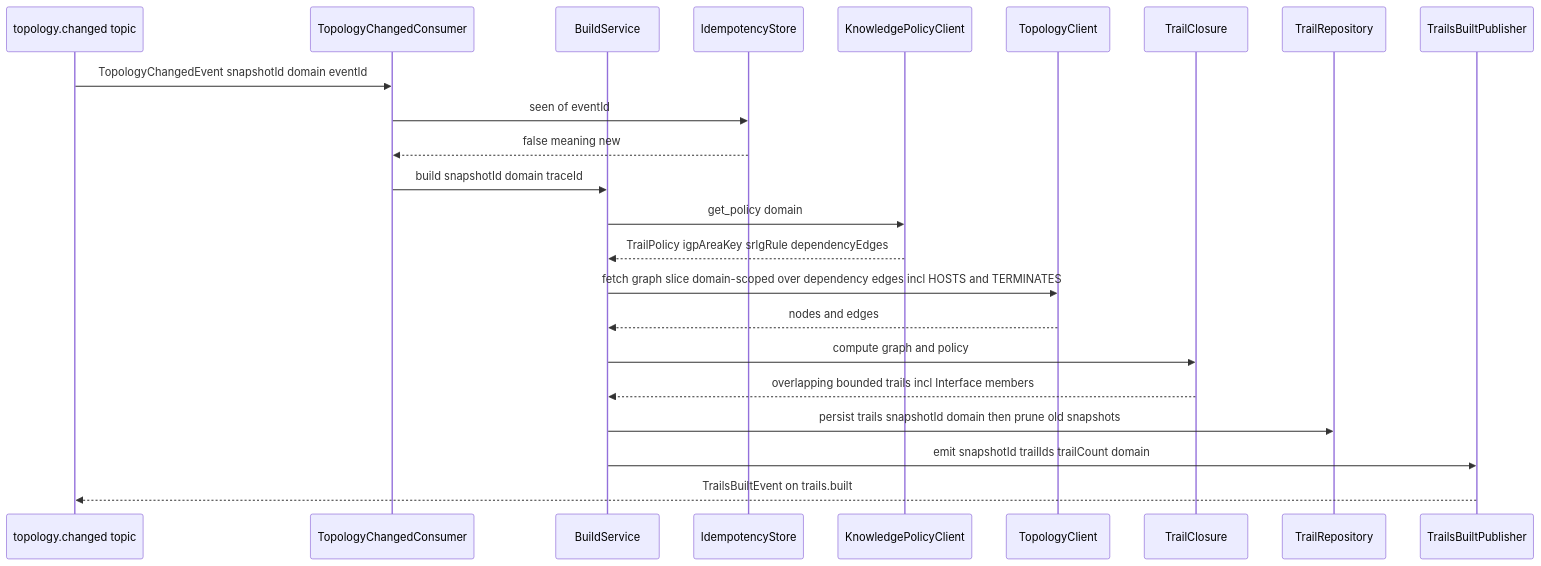
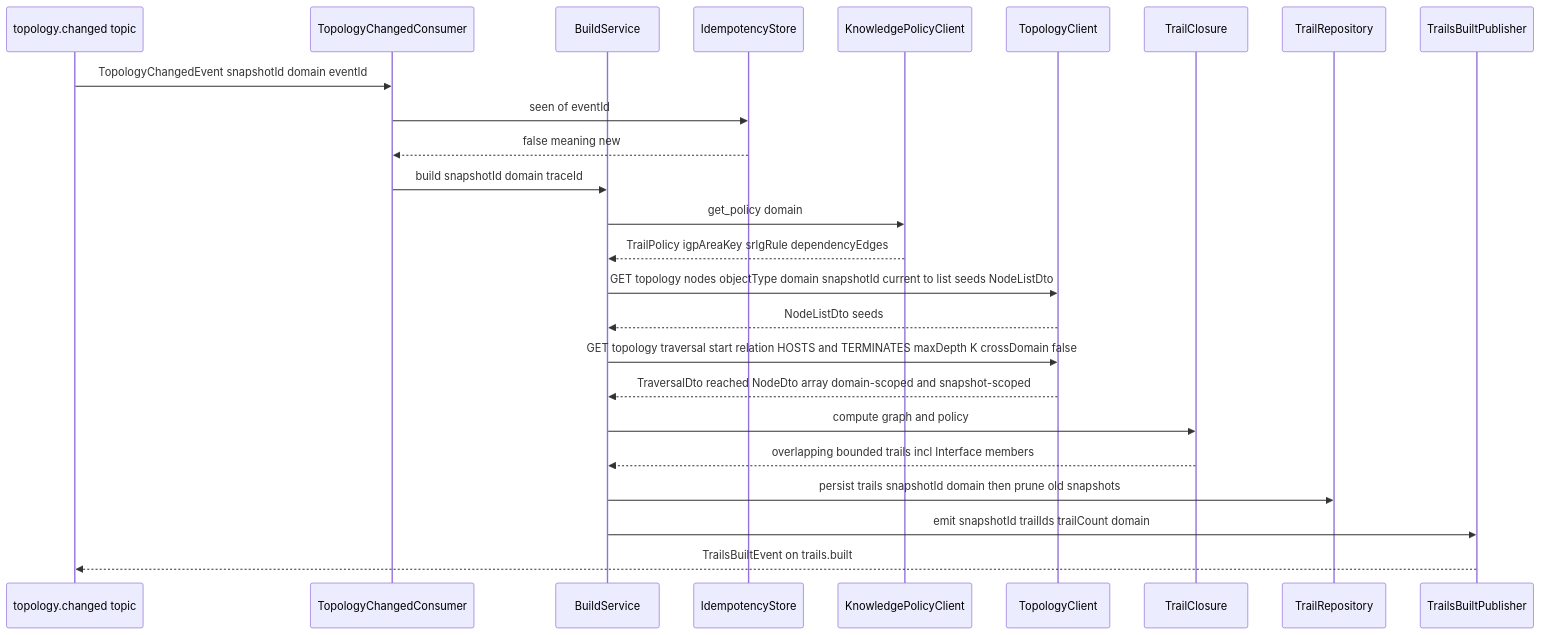
Before and after one commit to nikhilmohan/correlation-platform: the third of 6 diagrams in services/trail-builder/design.md, drawn with Mermaid. The commit also changed other lines of this file and 1 other file, not shown here.

````diff
--- a/services/trail-builder/design.md
+++ b/services/trail-builder/design.md
@@ -277,25 +349,27 @@
 ```mermaid
 sequenceDiagram
   participant K as topology.changed topic
   participant C as TopologyChangedConsumer
   participant B as BuildService
   participant I as IdempotencyStore
   participant P as KnowledgePolicyClient
   participant T as TopologyClient
   participant A as TrailClosure
   participant R as TrailRepository
   participant E as TrailsBuiltPublisher
   K->>C: TopologyChangedEvent snapshotId domain eventId
   C->>I: seen of eventId
   I-->>C: false meaning new
   C->>B: build snapshotId domain traceId
   B->>P: get_policy domain
   P-->>B: TrailPolicy igpAreaKey srlgRule dependencyEdges
-  B->>T: fetch graph slice domain-scoped over dependency edges incl HOSTS and TERMINATES
-  T-->>B: nodes and edges
+  B->>T: GET topology nodes objectType domain snapshotId current to list seeds NodeListDto
+  T-->>B: NodeListDto seeds
+  B->>T: GET topology traversal start relation HOSTS and TERMINATES maxDepth K crossDomain false
+  T-->>B: TraversalDto reached NodeDto array domain-scoped and snapshot-scoped
   B->>A: compute graph and policy
   A-->>B: overlapping bounded trails incl Interface members
   B->>R: persist trails snapshotId domain then prune old snapshots
   B->>E: emit snapshotId trailIds trailCount domain
   E-->>K: TrailsBuiltEvent on trails.built
 ```
````
